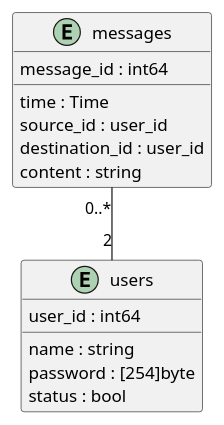
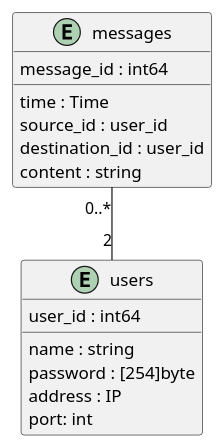
One commit to scanim-valentin/training-restful-go changed the diagram in exercice_2/src/plantuml/class.wsd. Above: the diagram before and after it, drawn with PlantUML. The commit also changed 2 other files, not shown here.

Commit message:
e2: sequence diagram

```diff
--- a/exercice_2/src/plantuml/class.wsd
+++ b/exercice_2/src/plantuml/class.wsd
@@ -1,24 +1,25 @@
 @startuml  class 
 
 ' time + source_id (foreign) + destination_id (foreign) could be a primary key
 entity messages{
     message_id : int64
     __
     time : Time
     source_id : user_id
     destination_id : user_id
     content : string
 }
 
 entity users{
     user_id : int64
     __
     name : string
     password : [254]byte
-    status : bool
+    address : IP
+    port: int
 }
 
 
 messages "0..*" -- "2" users
 
 @enduml
```
